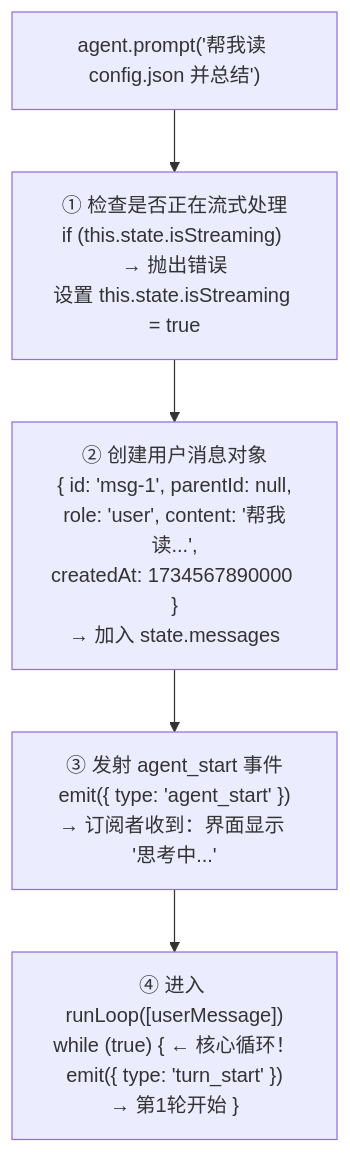
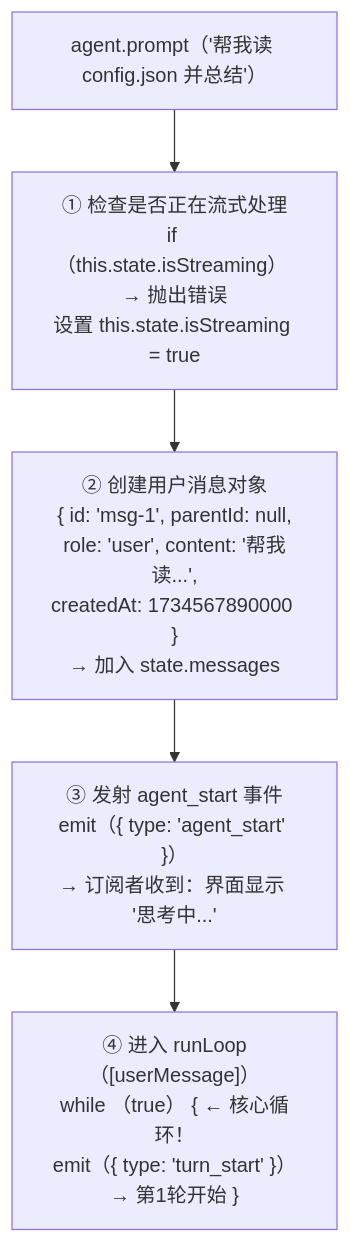
One commit to KNeegcyao/my-easy-pi changed the third of 12 diagrams in docs/09-putting-it-together/02-end-to-end-flow.md. Above: the diagram before and after it, drawn with Mermaid. The commit also changed other lines of this file and 25 other files, not shown here.

First line of the commit message:
fix: 修复 Mermaid 图表语法错误

````diff
--- a/docs/09-putting-it-together/02-end-to-end-flow.md
+++ b/docs/09-putting-it-together/02-end-to-end-flow.md
@@ -104,7 +104,7 @@
 ```mermaid
 flowchart TD
-    Prompt["agent.prompt('帮我读 config.json 并总结')"] --> CheckStream["① 检查是否正在流式处理<br/>if (this.state.isStreaming) → 抛出错误<br/>设置 this.state.isStreaming = true"]
+    Prompt["agent.prompt（'帮我读 config.json 并总结'）"] --> CheckStream["① 检查是否正在流式处理<br/>if （this.state.isStreaming） → 抛出错误<br/>设置 this.state.isStreaming = true"]
     CheckStream --> CreateUserMsg["② 创建用户消息对象<br/>{ id: 'msg-1', parentId: null,<br/>role: 'user', content: '帮我读...',<br/>createdAt: 1734567890000 }<br/>→ 加入 state.messages"]
-    CreateUserMsg --> EmitAgentStart["③ 发射 agent_start 事件<br/>emit({ type: 'agent_start' })<br/>→ 订阅者收到：界面显示 '思考中...'"]
-    EmitAgentStart --> RunLoop["④ 进入 runLoop([userMessage])<br/>while (true) { ← 核心循环！<br/>emit({ type: 'turn_start' })<br/>→ 第1轮开始 }"]
+    CreateUserMsg --> EmitAgentStart["③ 发射 agent_start 事件<br/>emit（{ type: 'agent_start' }）<br/>→ 订阅者收到：界面显示 '思考中...'"]
+    EmitAgentStart --> RunLoop["④ 进入 runLoop（[userMessage]）<br/>while （true） { ← 核心循环！<br/>emit（{ type: 'turn_start' }）<br/>→ 第1轮开始 }"]
 ```
````
